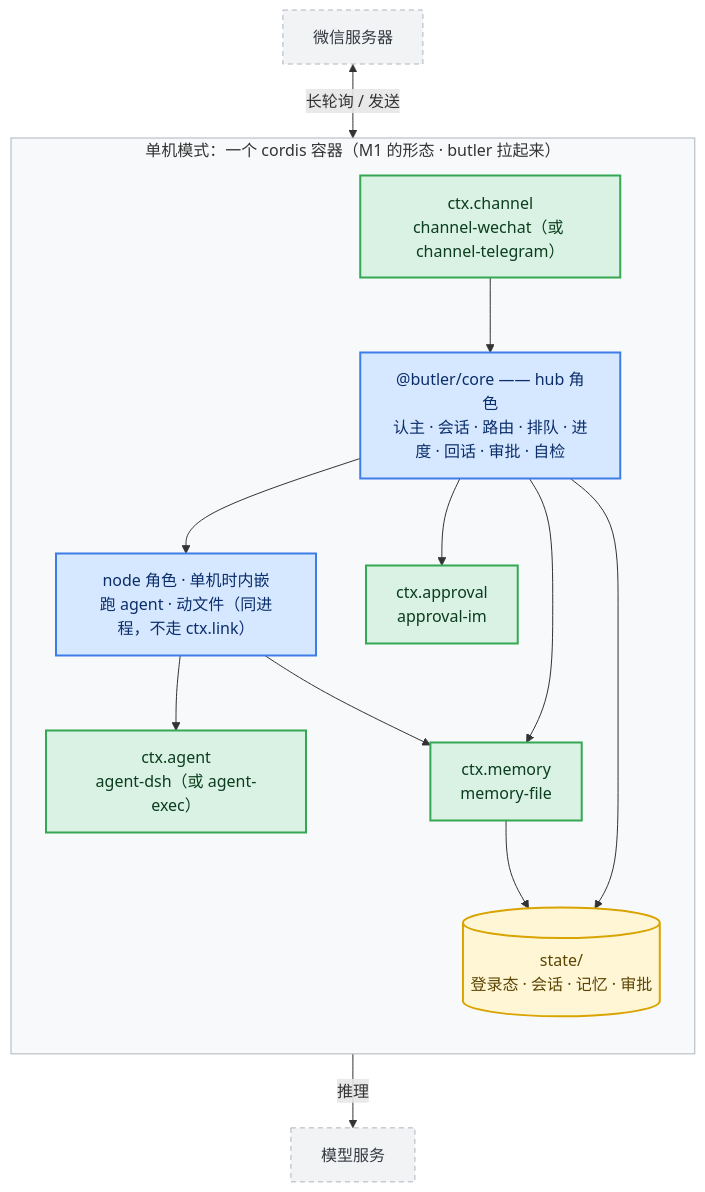
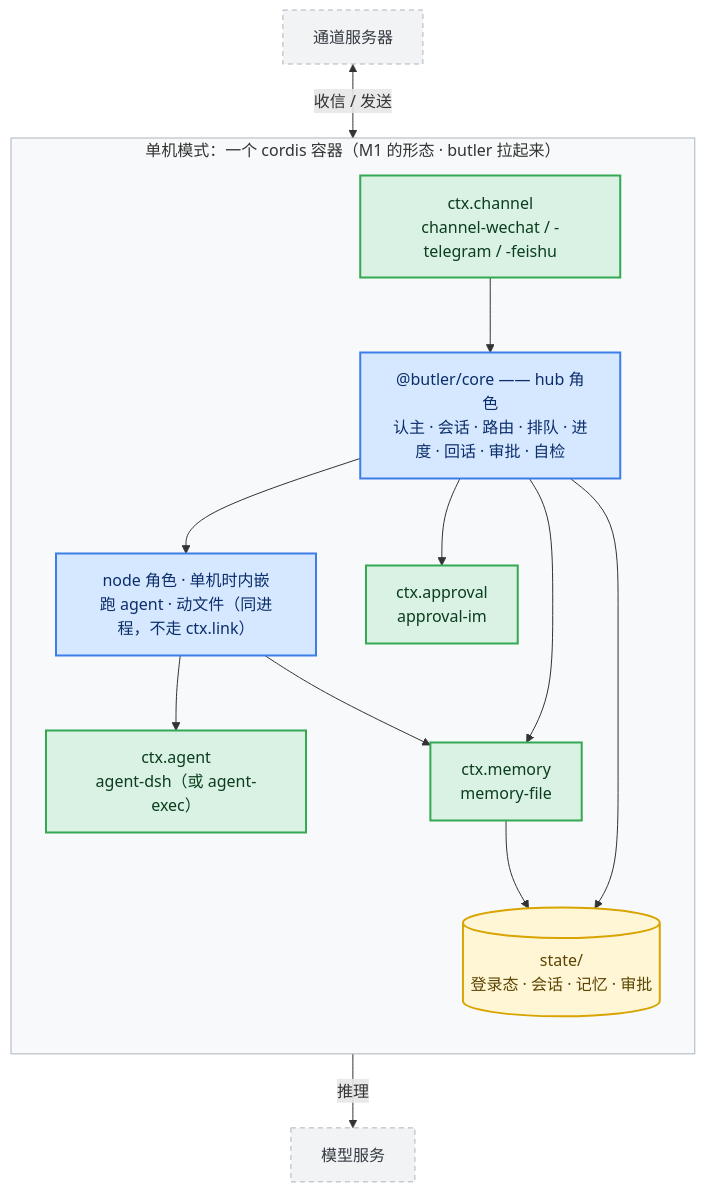
The diagram in docs/diagrams/tech-01-container.mmd (Leowuqunqun/ai-butler), drawn with Mermaid before and after one commit. The commit also changed 18 other files, not shown here.

First line of the commit message:
第 91 轮补（四）：架构图跟上第三条通道 —— 7 张重渲 + 3 处「图说跟图打架」

```diff
--- a/docs/diagrams/tech-01-container.mmd
+++ b/docs/diagrams/tech-01-container.mmd
@@ -1,31 +1,31 @@
 flowchart TB
     subgraph HOST["单机模式：一个 cordis 容器（M1 的形态 · butler 拉起来）"]
         direction TB
-        CH["ctx.channel<br/>channel-wechat（或 channel-telegram）"]
+        CH["ctx.channel<br/>channel-wechat / -telegram / -feishu"]
         CORE["@butler/core —— hub 角色<br/>认主 · 会话 · 路由 · 排队 · 进度 · 回话 · 审批 · 自检"]
         NODE["node 角色 · 单机时内嵌<br/>跑 agent · 动文件（同进程，不走 ctx.link）"]
         AG["ctx.agent<br/>agent-dsh（或 agent-exec）"]
         AP["ctx.approval<br/>approval-im"]
         MEM["ctx.memory<br/>memory-file"]
         ST[("state/<br/>登录态 · 会话 · 记忆 · 审批")]
         CH --> CORE --> NODE --> AG
         CORE --> AP
         CORE --> MEM
         NODE --> MEM
         CORE --> ST
         MEM --> ST
     end
-    WX["微信服务器"]
+    WX["通道服务器"]
     LLM["模型服务"]
-    WX <-->|"长轮询 / 发送"| CH
+    WX <-->|"收信 / 发送"| CH
     AG -->|"推理"| LLM
     classDef seam fill:#EDE0FF,stroke:#8B5CF6,stroke-width:2px,color:#3B1D6E
     classDef core fill:#D6E8FF,stroke:#3D7DE8,stroke-width:2px,color:#0B2E6B
     classDef impl fill:#D9F2E3,stroke:#34A853,stroke-width:2px,color:#0B3D1E
     classDef store fill:#FFF6D6,stroke:#D9A400,stroke-width:2px,color:#5C4400
     classDef ext fill:#F1F3F5,stroke:#ADB5BD,stroke-dasharray:5 4,color:#343A40
     class CH,AG,AP,MEM impl
     class CORE,NODE core
     class ST store
     class WX,LLM ext
 style HOST fill:#F8F9FA,stroke:#ADB5BD,stroke-width:1px
```
